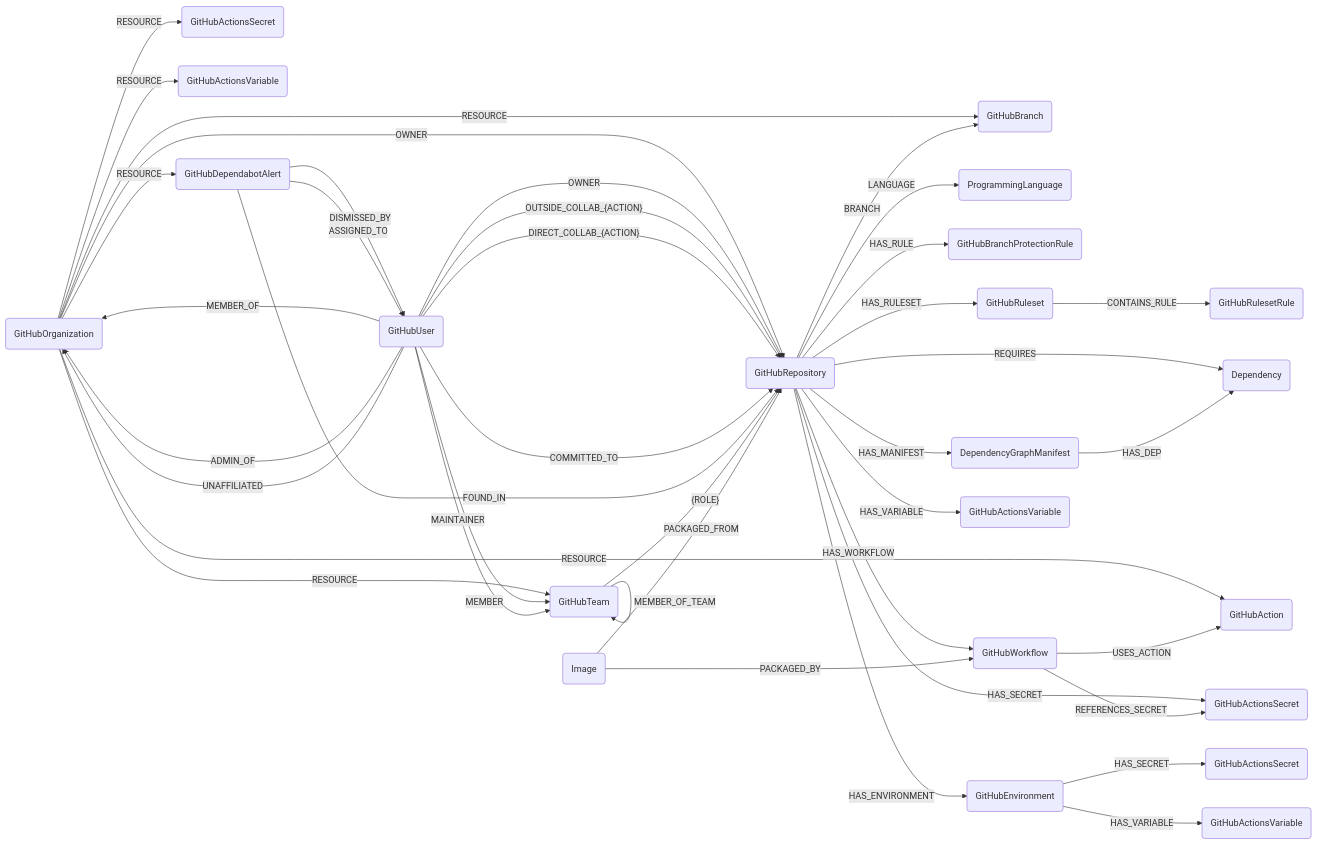
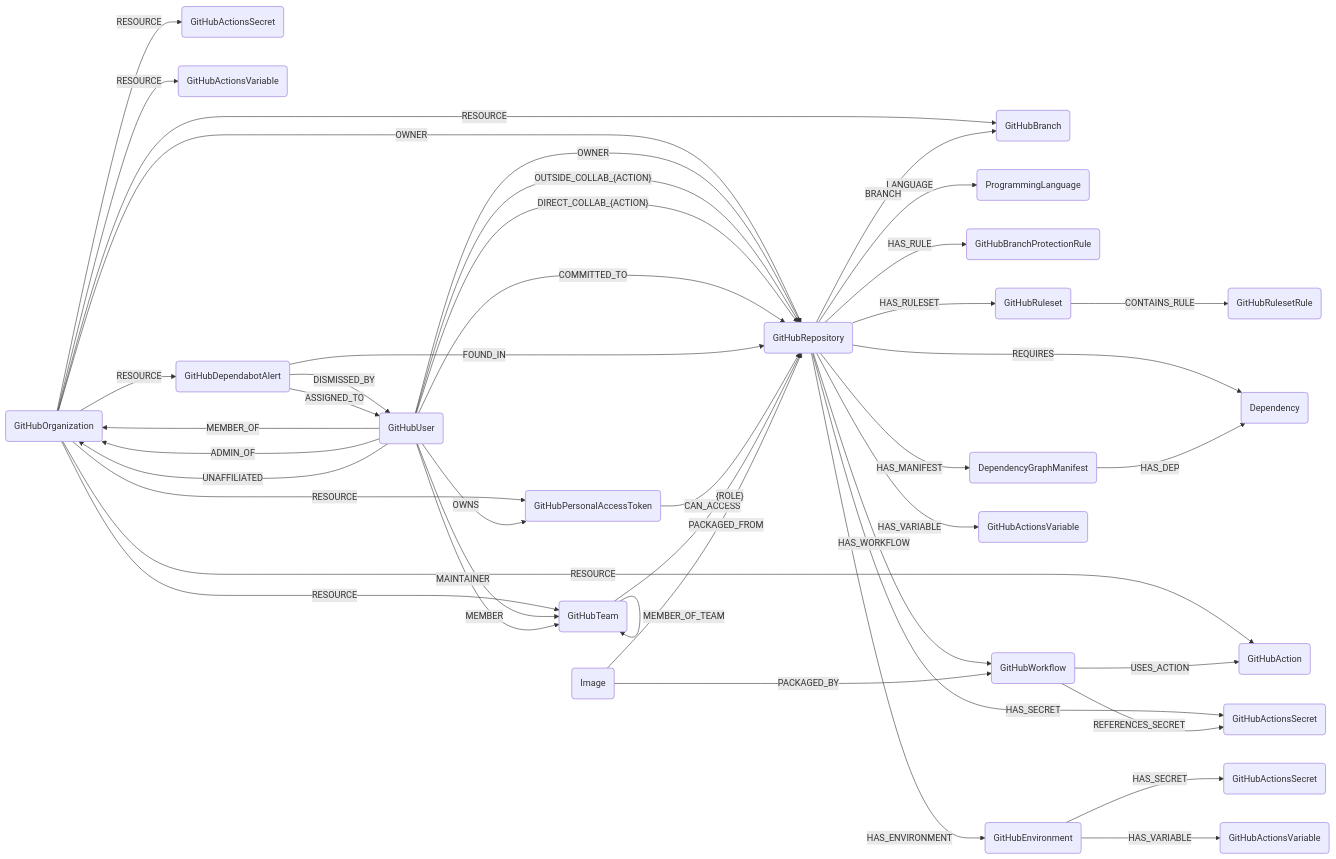
One commit to sec-js/cartography changed the diagram in docs/root/modules/github/schema.md. Above: the diagram before and after it, drawn with Mermaid. The commit also changed other lines of this file and 8 other files, not shown here.

````diff
--- a/docs/root/modules/github/schema.md
+++ b/docs/root/modules/github/schema.md
@@ -3,43 +3,46 @@
 ```mermaid
 graph LR
 
 O(GitHubOrganization) -- OWNER --> R(GitHubRepository)
 O -- RESOURCE --> B(GitHubBranch)
 O -- RESOURCE --> T(GitHubTeam)
 O -- RESOURCE --> OS(GitHubActionsSecret)
 O -- RESOURCE --> OV(GitHubActionsVariable)
 O -- RESOURCE --> A(GitHubAction)
 O -- RESOURCE --> DA(GitHubDependabotAlert)
+O -- RESOURCE --> PAT(GitHubPersonalAccessToken)
 U(GitHubUser) -- MEMBER_OF --> O
 U -- ADMIN_OF --> O
 U -- UNAFFILIATED --> O
 U -- OWNER --> R
+U -- OWNS --> PAT
 U -- OUTSIDE_COLLAB_{ACTION} --> R
 U -- DIRECT_COLLAB_{ACTION} --> R
 U -- COMMITTED_TO --> R
 R -- LANGUAGE --> L(ProgrammingLanguage)
 R -- BRANCH --> B(GitHubBranch)
 R -- HAS_RULE --> BPR(GitHubBranchProtectionRule)
 R -- HAS_RULESET --> GRS(GitHubRuleset)
 GRS -- CONTAINS_RULE --> RSR(GitHubRulesetRule)
 R -- REQUIRES --> D(Dependency)
 R -- HAS_MANIFEST --> M(DependencyGraphManifest)
 R -- HAS_WORKFLOW --> W(GitHubWorkflow)
 R -- HAS_SECRET --> RS(GitHubActionsSecret)
 R -- HAS_VARIABLE --> RV(GitHubActionsVariable)
 R -- HAS_ENVIRONMENT --> E(GitHubEnvironment)
 DA -- FOUND_IN --> R
 DA -- DISMISSED_BY --> U
 DA -- ASSIGNED_TO --> U
+PAT -- CAN_ACCESS --> R
 W -- USES_ACTION --> A(GitHubAction)
 W -- REFERENCES_SECRET --> RS
 E -- HAS_SECRET --> ES(GitHubActionsSecret)
 E -- HAS_VARIABLE --> EV(GitHubActionsVariable)
 M -- HAS_DEP --> D
 T -- {ROLE} --> R
 T -- MEMBER_OF_TEAM --> T
 U -- MEMBER --> T
 U -- MAINTAINER --> T
 I(Image) -- PACKAGED_FROM --> R
 I(Image) -- PACKAGED_BY --> W
 ```
````
